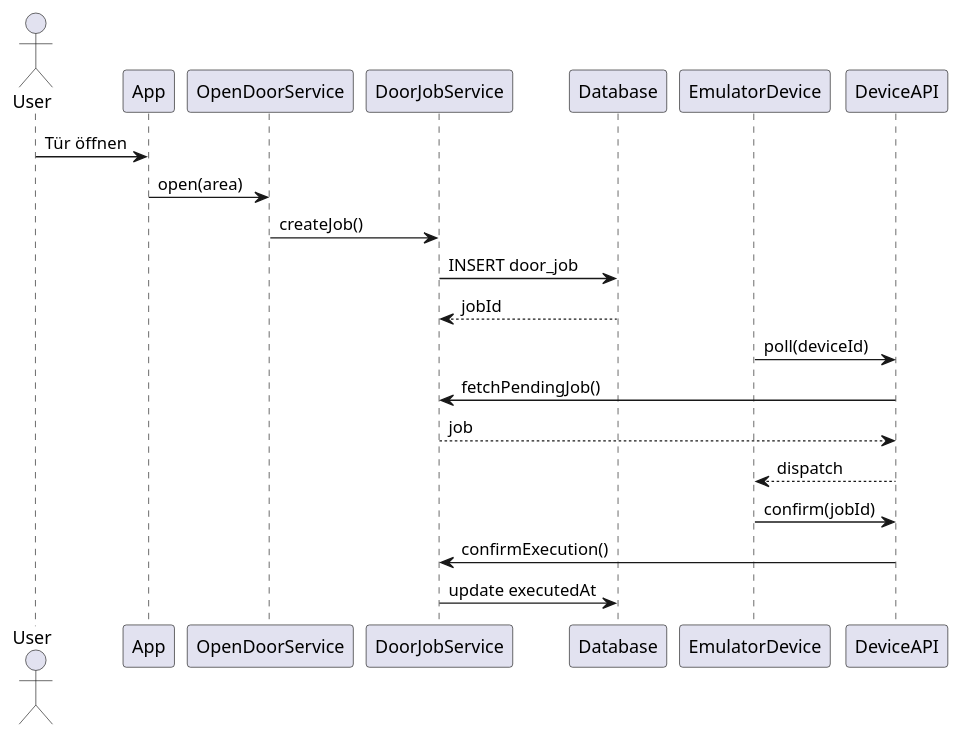
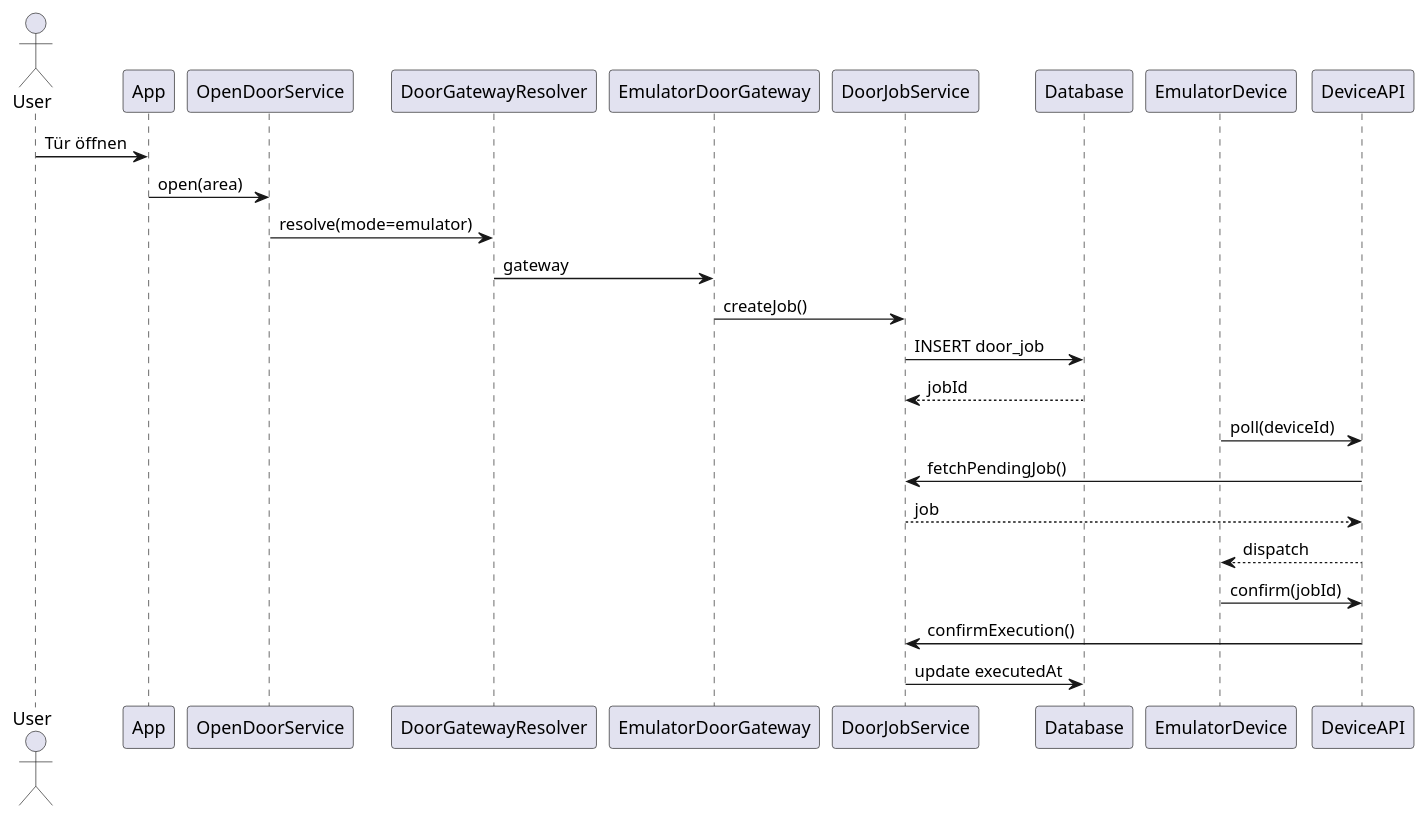
Before and after one commit to zukunftsforum-rissen/community-offers-bundle: the second of 2 diagrams in docs/architecture/door-control-sequence-diagrams.md, drawn with PlantUML. The commit also changed other lines of this file and 49 other files, not shown here.

````diff
--- a/docs/architecture/door-control-sequence-diagrams.md
+++ b/docs/architecture/door-control-sequence-diagrams.md
@@ -73,29 +77,34 @@
 ```plantuml
 @startuml
 actor User
 participant App
 participant OpenDoorService
+participant DoorGatewayResolver
+participant EmulatorDoorGateway
 participant DoorJobService
 participant Database
 participant EmulatorDevice
 participant DeviceAPI
 
 User -> App : Tür öffnen
 App -> OpenDoorService : open(area)
 
-OpenDoorService -> DoorJobService : createJob()
+OpenDoorService -> DoorGatewayResolver : resolve(mode=emulator)
+DoorGatewayResolver -> EmulatorDoorGateway : gateway
+
+EmulatorDoorGateway -> DoorJobService : createJob()
 DoorJobService -> Database : INSERT door_job
 Database --> DoorJobService : jobId
 
 EmulatorDevice -> DeviceAPI : poll(deviceId)
 DeviceAPI -> DoorJobService : fetchPendingJob()
 
 DoorJobService --> DeviceAPI : job
 DeviceAPI --> EmulatorDevice : dispatch
 
 EmulatorDevice -> DeviceAPI : confirm(jobId)
 DeviceAPI -> DoorJobService : confirmExecution()
 
 DoorJobService -> Database : update executedAt
 @enduml
 ```
````
